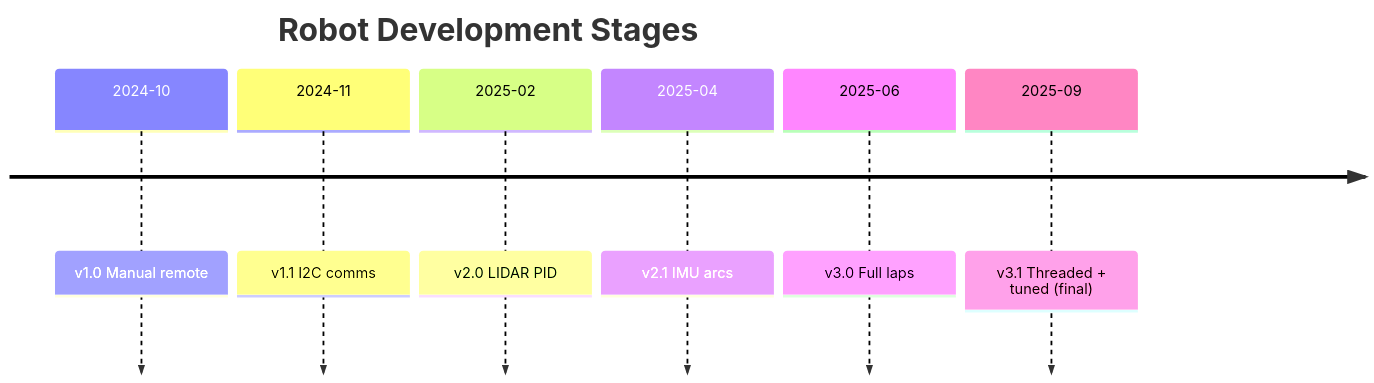
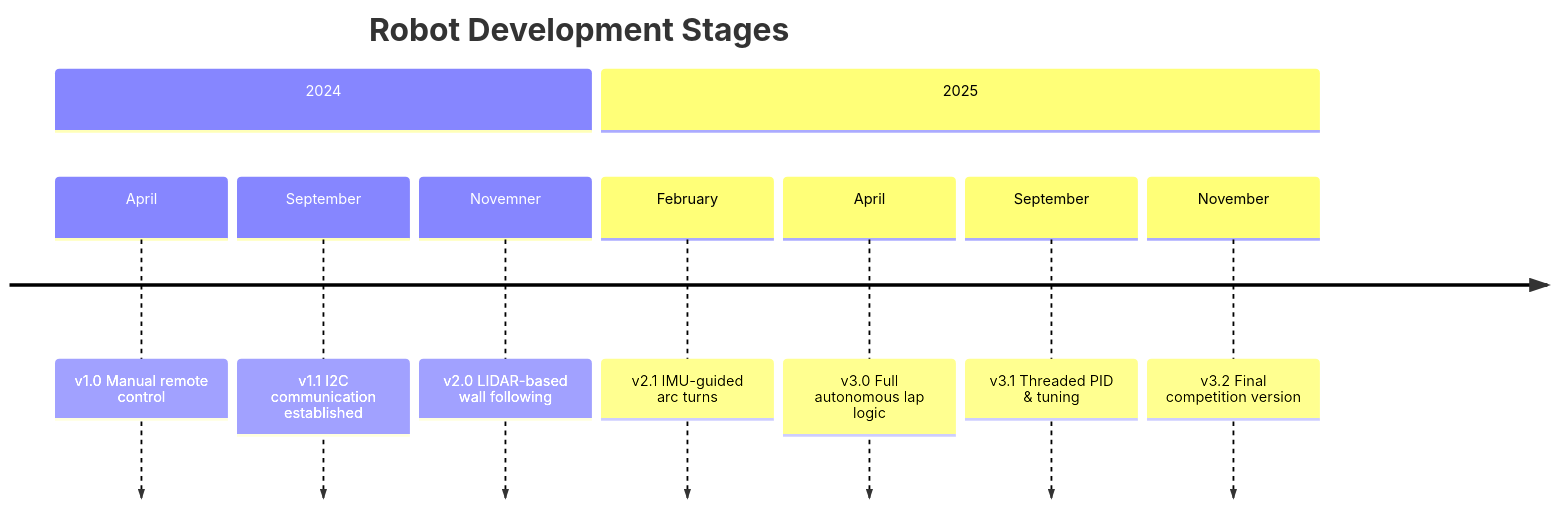
The first of 3 diagrams in src ( source code )/README.md (DexterTaha/WRO-FE-2025-Mindcraft), drawn with Mermaid before and after one commit. The commit also changed other lines of this file, not shown here.

First line of the commit message:
Enhance README with iteration timeline and features

````diff
--- a/src ( source code )/README.md
+++ b/src ( source code )/README.md
@@ -34,10 +38,13 @@
 ```mermaid
 timeline
     title Robot Development Stages
-    2024-10 : v1.0 Manual remote
-    2024-11 : v1.1 I2C comms
-    2025-02 : v2.0 LIDAR PID
-    2025-04 : v2.1 IMU arcs
-    2025-06 : v3.0 Full laps
-    2025-09 : v3.1 Threaded + tuned (final)
+    section 2024
+      April  : v1.0 Manual remote control
+      September : v1.1 I2C communication established
+      Novemner : v2.0 LIDAR-based wall following
+    section 2025
+      February : v2.1 IMU-guided arc turns
+      April    : v3.0 Full autonomous lap logic
+      September: v3.1 Threaded PID & tuning
+      November : v3.2 Final competition version
 ```
````
